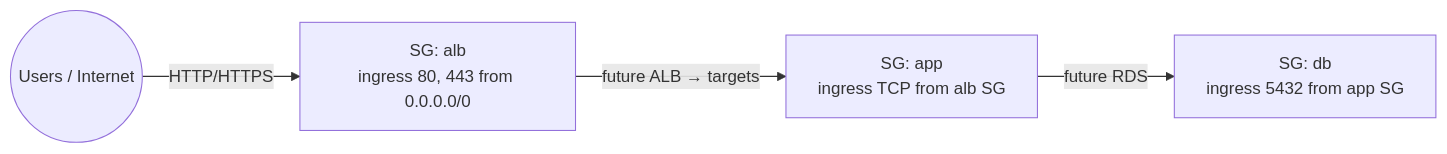
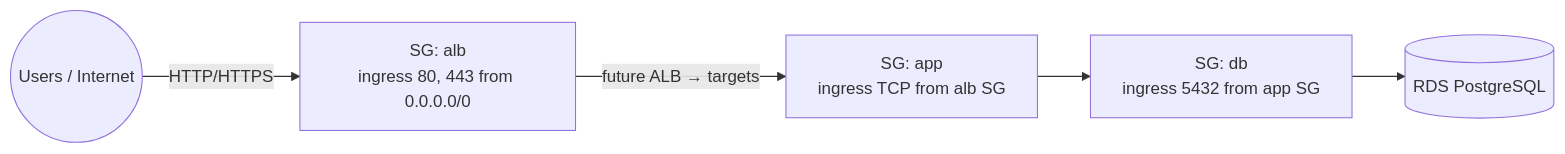
The third of 6 diagrams in docs/architecture.md (mazarsju/teacher-wang-infra), drawn with Mermaid before and after one commit. The commit also changed other lines of this file and 7 other files, not shown here.

````diff
--- a/docs/architecture.md
+++ b/docs/architecture.md
@@ -71,12 +74,14 @@
 ```mermaid
 flowchart LR
   Users((Users / Internet))
 
   SGALB["SG: alb<br/>ingress 80, 443 from 0.0.0.0/0"]
   SGApp["SG: app<br/>ingress TCP from alb SG"]
   SGDb["SG: db<br/>ingress 5432 from app SG"]
+  RDS[(RDS PostgreSQL)]
 
   Users -->|HTTP/HTTPS| SGALB
   SGALB -->|future ALB → targets| SGApp
-  SGApp -->|future RDS| SGDb
+  SGApp --> SGDb
+  SGDb --> RDS
 ```
````
